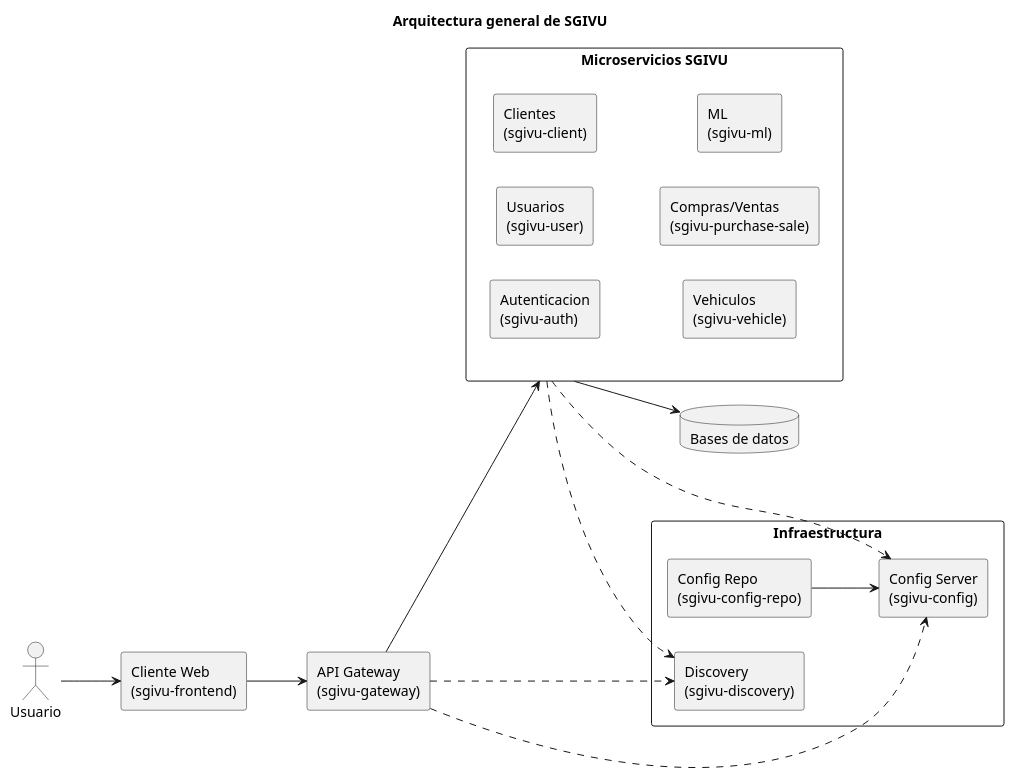
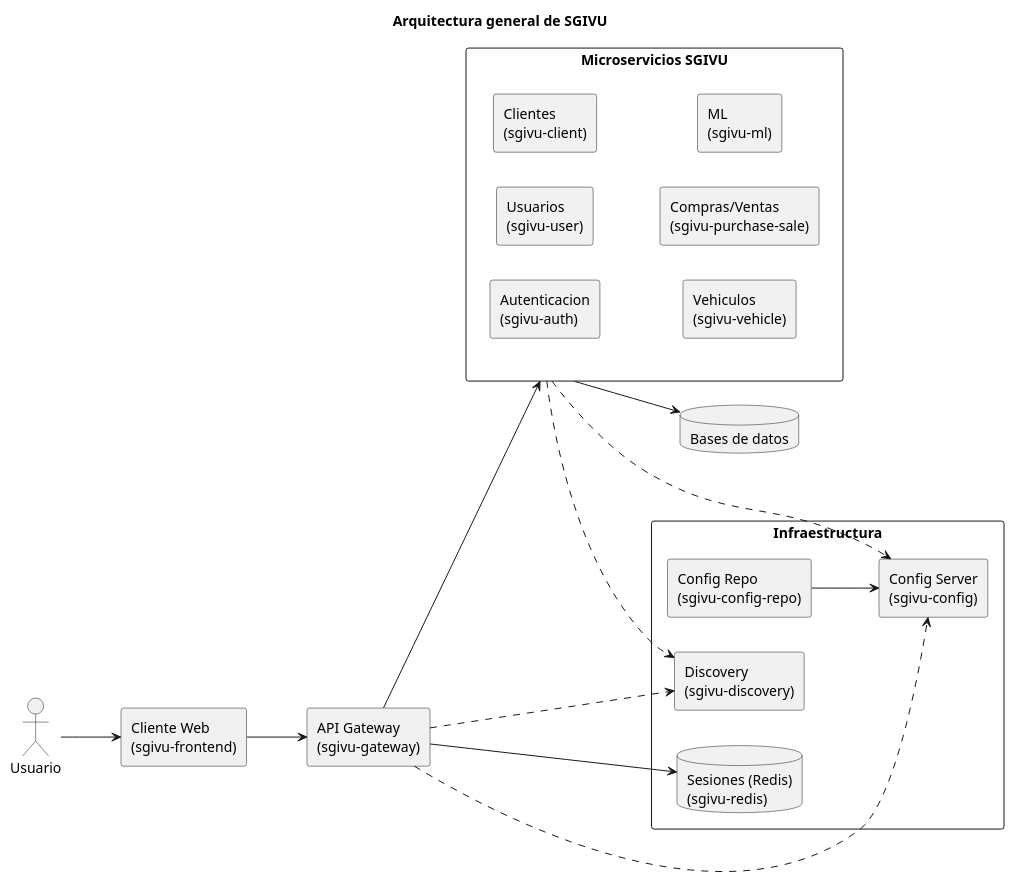
One commit to stevenrq/sgivu changed the diagram in docs/diagrams/01-system-architecture.puml. Above: the diagram before and after it, drawn with PlantUML.

Commit message:
docs(diagrams): add Redis session storage to system architecture diagram

```diff
--- a/docs/diagrams/01-system-architecture.puml
+++ b/docs/diagrams/01-system-architecture.puml
@@ -1,41 +1,43 @@
 @startuml
 title Arquitectura general de SGIVU
 left to right direction
 
 skinparam shadowing false
 skinparam componentStyle rectangle
 skinparam packageStyle rectangle
 
 actor "Usuario" as usuario
 component "Cliente Web\n(sgivu-frontend)" as frontend
 component "API Gateway\n(sgivu-gateway)" as gateway
 
 package "Microservicios SGIVU" as ms {
   component "Autenticacion\n(sgivu-auth)" as auth
   component "Usuarios\n(sgivu-user)" as user
   component "Clientes\n(sgivu-client)" as client
   component "Vehiculos\n(sgivu-vehicle)" as vehicle
   component "Compras/Ventas\n(sgivu-purchase-sale)" as purchase_sale
   component "ML\n(sgivu-ml)" as ml
 }
 
 package "Infraestructura" as infra {
   component "Config Server\n(sgivu-config)" as config
   component "Config Repo\n(sgivu-config-repo)" as config_repo
   component "Discovery\n(sgivu-discovery)" as discovery
+  database "Sesiones (Redis)\n(sgivu-redis)" as redis
 }
 
 database "Bases de datos" as db
 
 usuario --> frontend
 frontend --> gateway
 gateway --> ms
+gateway --> redis
 
 ms --> db
 
 config_repo --> config
 gateway ..> config
 ms ..> config
 gateway ..> discovery
 ms ..> discovery
 @enduml
```
